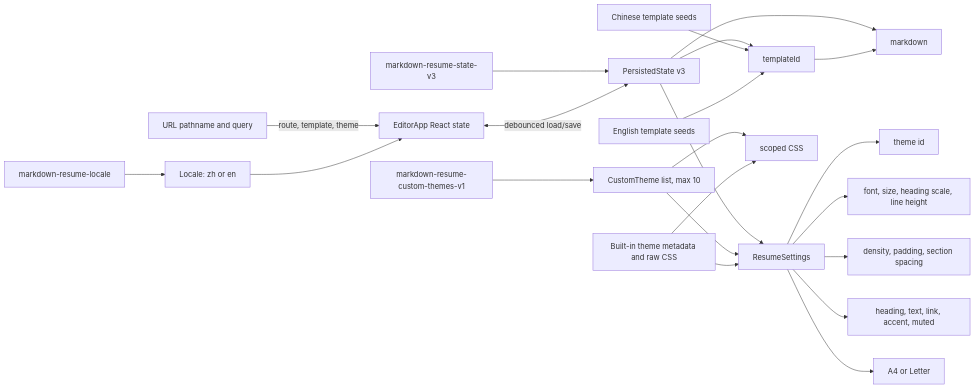
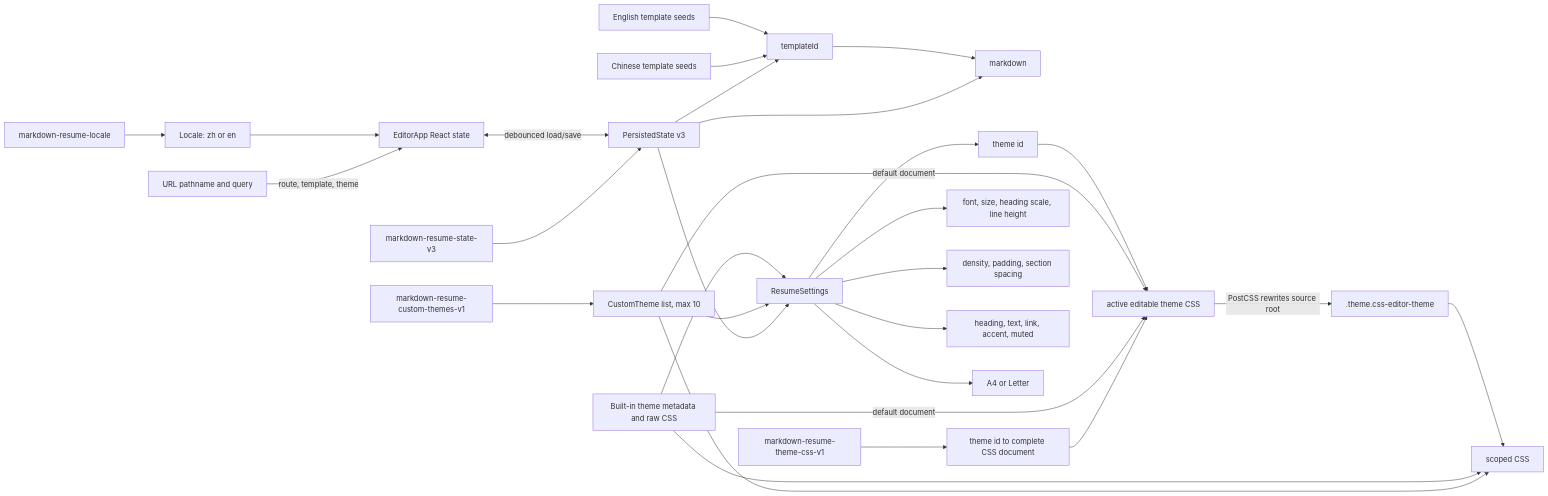
The third of 7 diagrams in docs/knowledge-graph.md (jarvanstack/markdown-to-resume), drawn with Mermaid before and after one commit. The commit also changed other lines of this file and 14 other files, not shown here.

Commit message:
Add live CSS editor tab and theme draft persistence

````diff
--- a/docs/knowledge-graph.md
+++ b/docs/knowledge-graph.md
@@ -88,27 +91,35 @@
 ```mermaid
 flowchart LR
     URL["URL pathname and query"] -->|"route, template, theme"| AppState["EditorApp React state"]
     LocaleKey["markdown-resume-locale"] --> Locale["Locale: zh or en"]
     Locale --> AppState
 
     StateKey["markdown-resume-state-v3"] --> Persisted["PersistedState v3"]
     Persisted --> Markdown["markdown"]
     Persisted --> TemplateId["templateId"]
     Persisted --> Settings["ResumeSettings"]
     AppState <-->|"debounced load/save"| Persisted
 
+    CssDraftKey["markdown-resume-theme-css-v1"] --> CssDrafts["theme id to complete CSS document"]
+    CssDrafts --> ActiveCss["active editable theme CSS"]
+
     Settings --> ThemeId["theme id"]
     Settings --> Typography["font, size, heading scale, line height"]
     Settings --> Spacing["density, padding, section spacing"]
     Settings --> Colors["heading, text, link, accent, muted"]
     Settings --> Paper["A4 or Letter"]
 
     ThemeKey["markdown-resume-custom-themes-v1"] --> CustomTheme["CustomTheme list, max 10"]
     CustomTheme --> Settings
     CustomTheme --> ScopedCss["scoped CSS"]
     BuiltInTheme["Built-in theme metadata and raw CSS"] --> Settings
     BuiltInTheme --> ScopedCss
+    BuiltInTheme -->|"default document"| ActiveCss
+    CustomTheme -->|"default document"| ActiveCss
+    ThemeId --> ActiveCss
+    ActiveCss -->|"PostCSS rewrites source root"| RuntimeCss[".theme.css-editor-theme"]
+    RuntimeCss --> ScopedCss
     ZhTemplates["Chinese template seeds"] --> TemplateId
     EnTemplates["English template seeds"] --> TemplateId
     TemplateId --> Markdown
 ```
````
